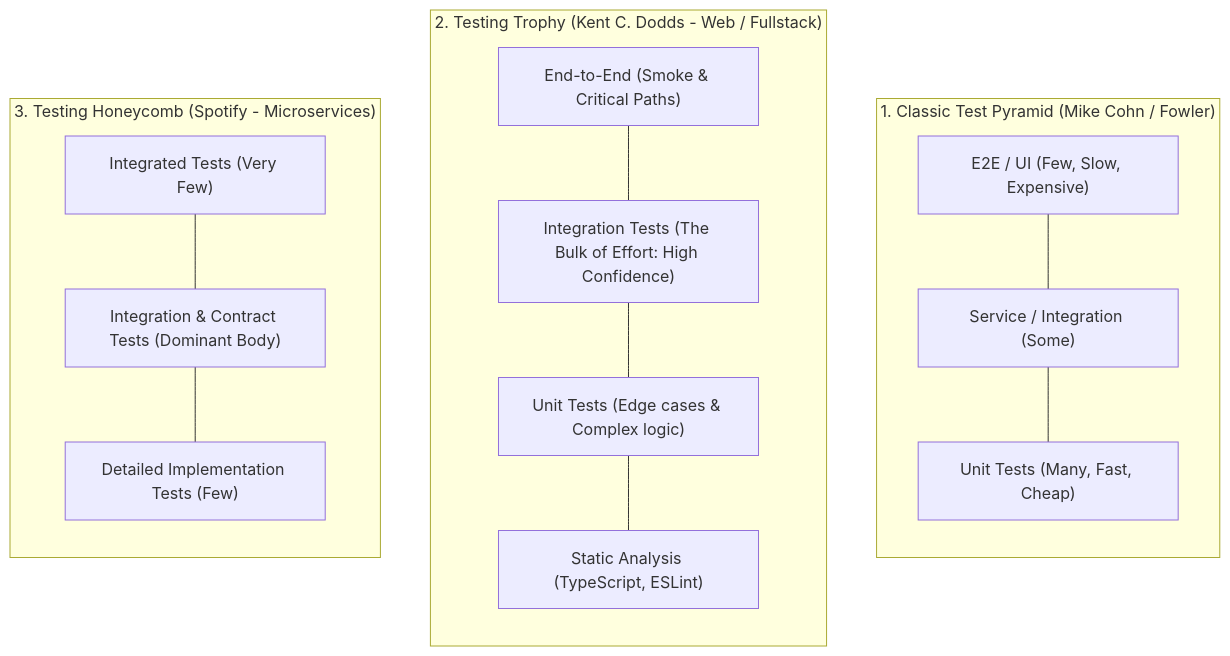
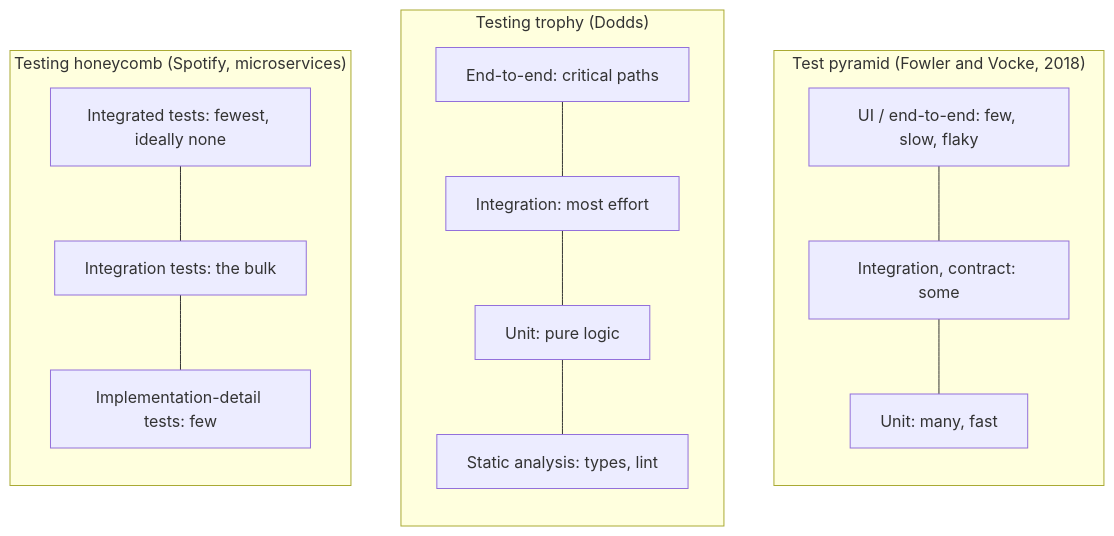
The diagram in skills/cloud-native-ai/testing-pyramid-and-shapes/SKILL.md (Kitsune-27295/Dev.-DBs-Skills), drawn with Mermaid before and after one commit. The commit also changed other lines of this file and 189 other files, not shown here.

````diff
--- a/skills/cloud-native-ai/testing-pyramid-and-shapes/SKILL.md
+++ b/skills/cloud-native-ai/testing-pyramid-and-shapes/SKILL.md
@@ -12,27 +12,25 @@
 ```mermaid
 flowchart TD
-  subgraph Pyramid["1. Classic Test Pyramid (Mike Cohn / Fowler)"]
+  subgraph Pyramid["Test pyramid (Fowler and Vocke, 2018)"]
     direction TB
-    P_UI["E2E / UI (Few, Slow, Expensive)"]
-    P_INT["Service / Integration (Some)"]
-    P_UNIT["Unit Tests (Many, Fast, Cheap)"]
+    P_UI["UI / end-to-end: few, slow, flaky"]
+    P_INT["Integration, contract: some"]
+    P_UNIT["Unit: many, fast"]
     P_UI --- P_INT --- P_UNIT
   end
-
-  subgraph Trophy["2. Testing Trophy (Kent C. Dodds - Web / Fullstack)"]
+  subgraph Trophy["Testing trophy (Dodds)"]
     direction TB
-    T_E2E["End-to-End (Smoke & Critical Paths)"]
-    T_INT["Integration Tests (The Bulk of Effort: High Confidence)"]
-    T_UNIT["Unit Tests (Edge cases & Complex logic)"]
-    T_STAT["Static Analysis (TypeScript, ESLint)"]
+    T_E2E["End-to-end: critical paths"]
+    T_INT["Integration: most effort"]
+    T_UNIT["Unit: pure logic"]
+    T_STAT["Static analysis: types, lint"]
     T_E2E --- T_INT --- T_UNIT --- T_STAT
   end
-
-  subgraph Honeycomb["3. Testing Honeycomb (Spotify - Microservices)"]
+  subgraph Honeycomb["Testing honeycomb (Spotify, microservices)"]
     direction TB
-    H_E2E["Integrated Tests (Very Few)"]
-    H_INT["Integration & Contract Tests (Dominant Body)"]
-    H_UNIT["Detailed Implementation Tests (Few)"]
+    H_E2E["Integrated tests: fewest, ideally none"]
+    H_INT["Integration tests: the bulk"]
+    H_UNIT["Implementation-detail tests: few"]
     H_E2E --- H_INT --- H_UNIT
   end
 ```
````
